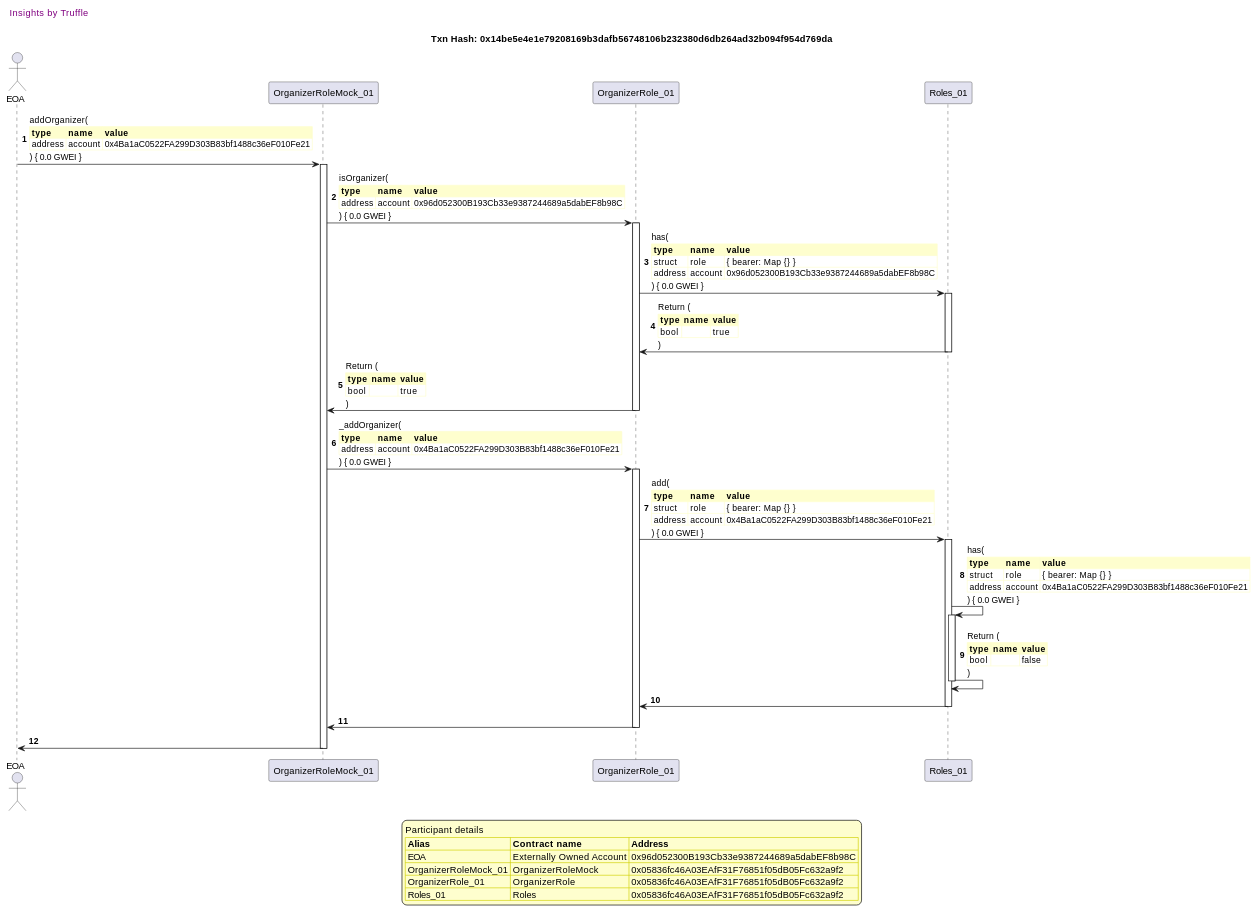
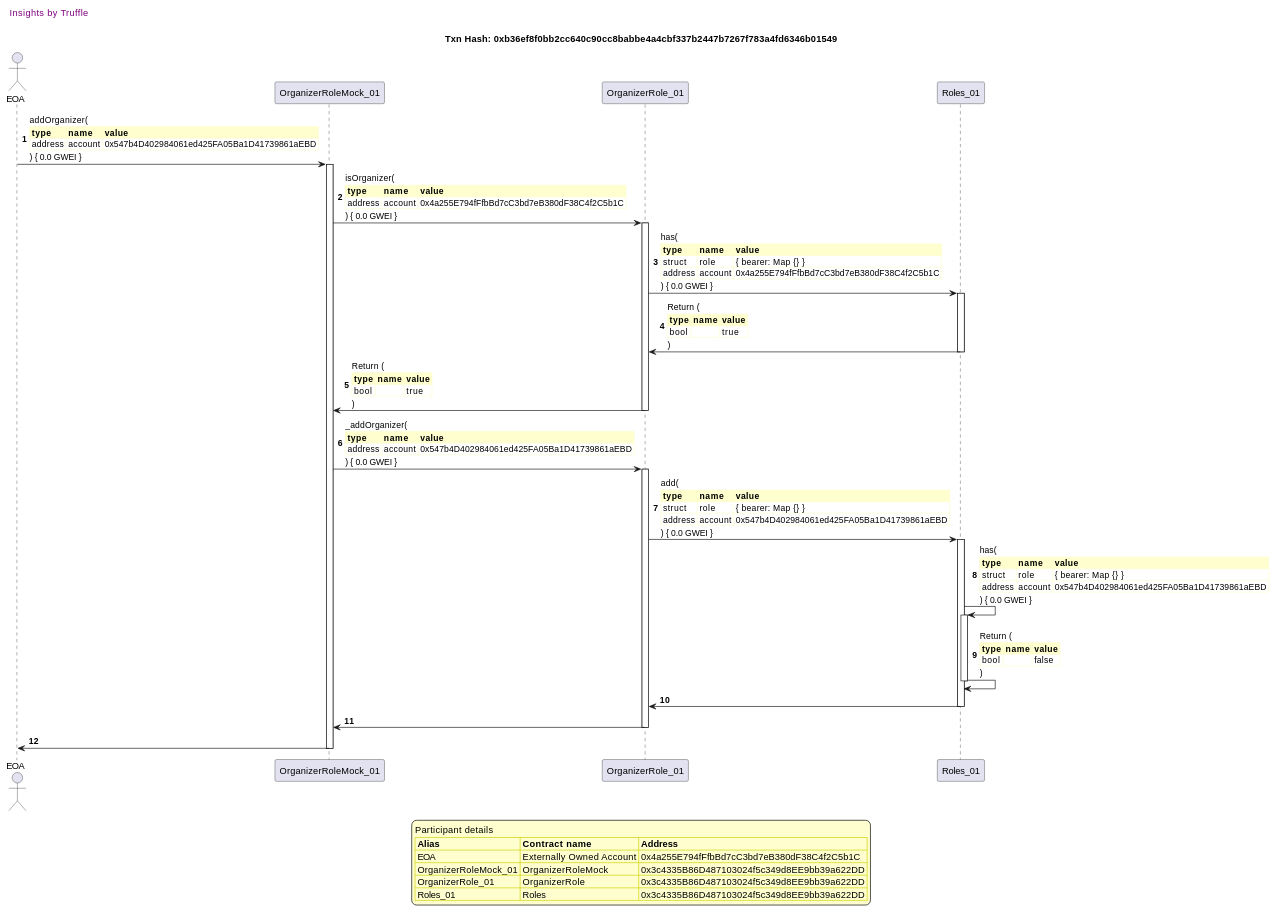
Before and after one commit to fodisi/hackapay: diagram 11 of 41 in truffle-seq/roles_organizerrole.md, drawn with PlantUML. The commit also changed other lines of this file and 10 other files, not shown here.

````diff
--- a/truffle-seq/roles_organizerrole.md
+++ b/truffle-seq/roles_organizerrole.md
@@ -803,81 +803,81 @@
 ```plantuml
 
 
 @startuml
 
 autonumber
 skinparam legendBackgroundColor #FEFECE
 
 <style>
       header {
         HorizontalAlignment left
         FontColor purple
         FontSize 14
         Padding 10
       }
     </style>
 
 header Insights by Truffle
 
-title Txn Hash: 0x14be5e4e1e79208169b3dafb56748106b232380d6db264ad32b094f954d769da
+title Txn Hash: 0xb36ef8f0bb2cc640c90cc8babbe4a4cbf337b2447b7267f783a4fd6346b01549
 
 
 actor EOA as "EOA"
 participant OrganizerRoleMock_01 as "OrganizerRoleMock_01"
 participant OrganizerRole_01 as "OrganizerRole_01"
 participant Roles_01 as "Roles_01"
 
 "EOA" -> "OrganizerRoleMock_01" ++: addOrganizer(\n\
 <#FEFECE,#FEFECE>|= type |= name |= value |\n\
-| address | account | 0x4Ba1aC0522FA299D303B83bf1488c36eF010Fe21 |\n\
+| address | account | 0x547b4D402984061ed425FA05Ba1D41739861aEBD |\n\
 ) { 0.0 GWEI }
 "OrganizerRoleMock_01" -> "OrganizerRole_01" ++: isOrganizer(\n\
 <#FEFECE,#FEFECE>|= type |= name |= value |\n\
-| address | account | 0x96d052300B193Cb33e9387244689a5dabEF8b98C |\n\
+| address | account | 0x4a255E794fFfbBd7cC3bd7eB380dF38C4f2C5b1C |\n\
 ) { 0.0 GWEI }
 "OrganizerRole_01" -> "Roles_01" ++: has(\n\
 <#FEFECE,#FEFECE>|= type |= name |= value |\n\
 | struct | role | { bearer: Map {} } |\n\
-| address | account | 0x96d052300B193Cb33e9387244689a5dabEF8b98C |\n\
+| address | account | 0x4a255E794fFfbBd7cC3bd7eB380dF38C4f2C5b1C |\n\
 ) { 0.0 GWEI }
 "Roles_01" -> "OrganizerRole_01" --: Return (\n\
 <#FEFECE,#FEFECE>|= type |= name |= value |\n\
 | bool |  | true |\n\
 )
 "OrganizerRole_01" -> "OrganizerRoleMock_01" --: Return (\n\
 <#FEFECE,#FEFECE>|= type |= name |= value |\n\
 | bool |  | true |\n\
 )
 "OrganizerRoleMock_01" -> "OrganizerRole_01" ++: _addOrganizer(\n\
 <#FEFECE,#FEFECE>|= type |= name |= value |\n\
-| address | account | 0x4Ba1aC0522FA299D303B83bf1488c36eF010Fe21 |\n\
+| address | account | 0x547b4D402984061ed425FA05Ba1D41739861aEBD |\n\
 ) { 0.0 GWEI }
 "OrganizerRole_01" -> "Roles_01" ++: add(\n\
 <#FEFECE,#FEFECE>|= type |= name |= value |\n\
 | struct | role | { bearer: Map {} } |\n\
-| address | account | 0x4Ba1aC0522FA299D303B83bf1488c36eF010Fe21 |\n\
+| address | account | 0x547b4D402984061ed425FA05Ba1D41739861aEBD |\n\
 ) { 0.0 GWEI }
 "Roles_01" -> "Roles_01" ++: has(\n\
 <#FEFECE,#FEFECE>|= type |= name |= value |\n\
 | struct | role | { bearer: Map {} } |\n\
-| address | account | 0x4Ba1aC0522FA299D303B83bf1488c36eF010Fe21 |\n\
+| address | account | 0x547b4D402984061ed425FA05Ba1D41739861aEBD |\n\
 ) { 0.0 GWEI }
 "Roles_01" -> "Roles_01" --: Return (\n\
 <#FEFECE,#FEFECE>|= type |= name |= value |\n\
 | bool |  | false |\n\
 )
 "Roles_01" -> "OrganizerRole_01" --: 
 "OrganizerRole_01" -> "OrganizerRoleMock_01" --: 
 "OrganizerRoleMock_01" -> "EOA" --: 
 
 legend
 Participant details
 <#FEFECE,#D0D000>|= Alias |= Contract name |= Address |
-<#FEFECE>| EOA | Externally Owned Account | 0x96d052300B193Cb33e9387244689a5dabEF8b98C |
-<#FEFECE>| OrganizerRoleMock_01 | OrganizerRoleMock | 0x05836fc46A03EAfF31F76851f05dB05Fc632a9f2 |
-<#FEFECE>| OrganizerRole_01 | OrganizerRole | 0x05836fc46A03EAfF31F76851f05dB05Fc632a9f2 |
-<#FEFECE>| Roles_01 | Roles | 0x05836fc46A03EAfF31F76851f05dB05Fc632a9f2 |
+<#FEFECE>| EOA | Externally Owned Account | 0x4a255E794fFfbBd7cC3bd7eB380dF38C4f2C5b1C |
+<#FEFECE>| OrganizerRoleMock_01 | OrganizerRoleMock | 0x3c4335B86D487103024f5c349d8EE9bb39a622DD |
+<#FEFECE>| OrganizerRole_01 | OrganizerRole | 0x3c4335B86D487103024f5c349d8EE9bb39a622DD |
+<#FEFECE>| Roles_01 | Roles | 0x3c4335B86D487103024f5c349d8EE9bb39a622DD |
 endlegend
 
 @enduml
 ```
````
